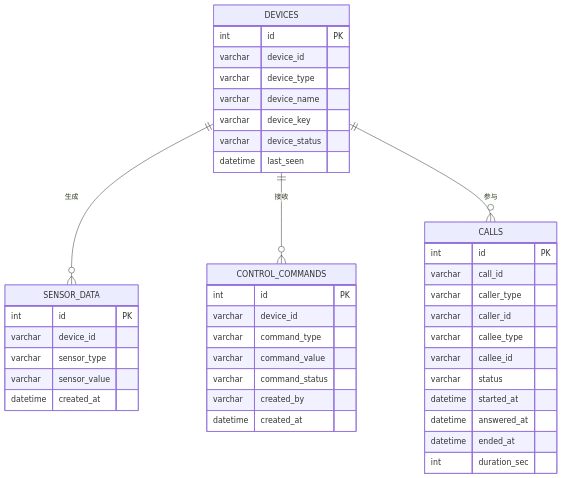
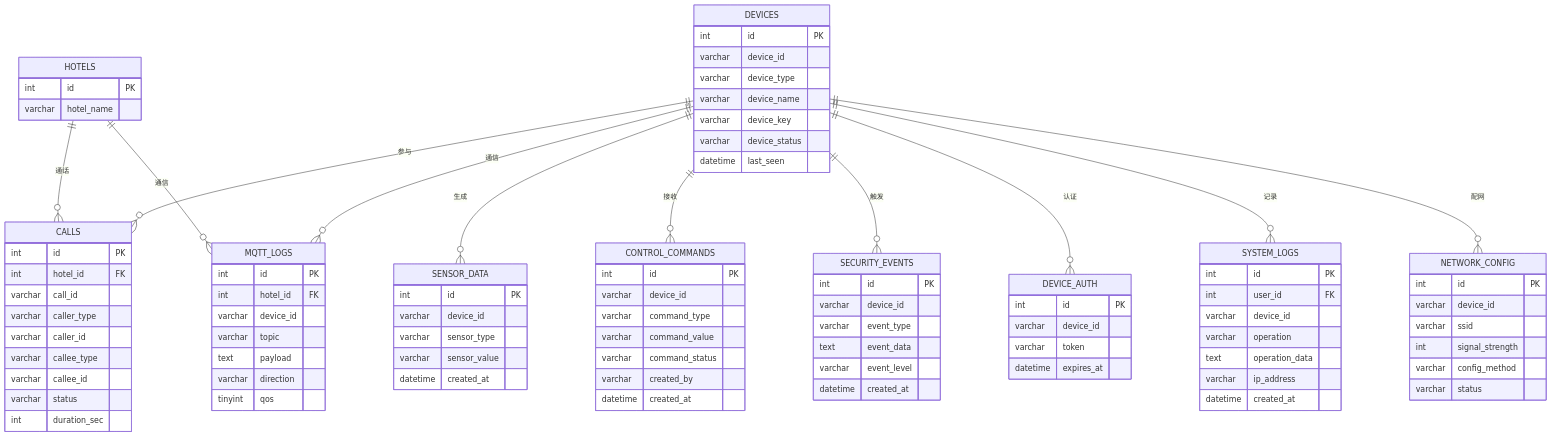
Before and after one commit to choisaaaaa/IoT_Smart_Hotel_System: the ninth of 19 diagrams in docs/database_er_diagram.md, drawn with Mermaid. The commit also changed other lines of this file, not shown here.

First line of the commit message:
docs(database): 更新数据库E-R图文档至v2.0.0版本

````diff
--- a/docs/database_er_diagram.md
+++ b/docs/database_er_diagram.md
@@ -294,5 +456,9 @@
 ```mermaid
 erDiagram
+    HOTELS {
+        int id PK
+        varchar hotel_name
+    }
     DEVICES {
         int id PK
         varchar device_id
@@ -320,18 +486,63 @@
     }
     CALLS {
         int id PK
+        int hotel_id FK
         varchar call_id
         varchar caller_type
         varchar caller_id
         varchar callee_type
         varchar callee_id
         varchar status
-        datetime started_at
-        datetime answered_at
-        datetime ended_at
         int duration_sec
     }
+    SECURITY_EVENTS {
+        int id PK
+        varchar device_id
+        varchar event_type
+        text event_data
+        varchar event_level
+        datetime created_at
+    }
+    DEVICE_AUTH {
+        int id PK
+        varchar device_id
+        varchar token
+        datetime expires_at
+    }
+    SYSTEM_LOGS {
+        int id PK
+        int user_id FK
+        varchar device_id
+        varchar operation
+        text operation_data
+        varchar ip_address
+        datetime created_at
+    }
+    NETWORK_CONFIG {
+        int id PK
+        varchar device_id
+        varchar ssid
+        int signal_strength
+        varchar config_method
+        varchar status
+    }
+    MQTT_LOGS {
+        int id PK
+        int hotel_id FK
+        varchar device_id
+        varchar topic
+        text payload
+        varchar direction
+        tinyint qos
+    }
+    HOTELS ||--o{ CALLS : "通话"
+    HOTELS ||--o{ MQTT_LOGS : "通信"
     DEVICES ||--o{ SENSOR_DATA : "生成"
     DEVICES ||--o{ CONTROL_COMMANDS : "接收"
     DEVICES ||--o{ CALLS : "参与"
+    DEVICES ||--o{ SECURITY_EVENTS : "触发"
+    DEVICES ||--o{ DEVICE_AUTH : "认证"
+    DEVICES ||--o{ SYSTEM_LOGS : "记录"
+    DEVICES ||--o{ NETWORK_CONFIG : "配网"
+    DEVICES ||--o{ MQTT_LOGS : "通信"
 ```
````
